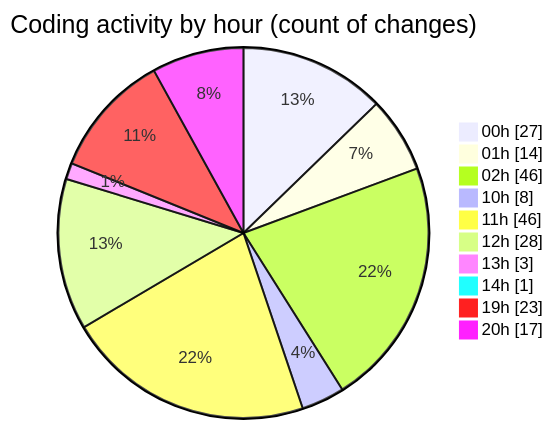
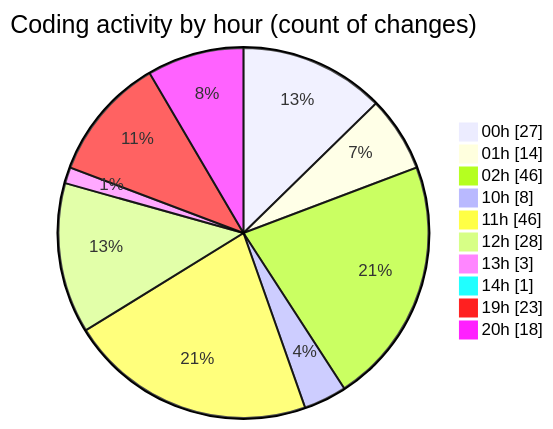
The second of 2 diagrams in 2025-07-17/nhahang/README.md (lephambinh05/code-tracking), drawn with Mermaid before and after one commit. The commit also changed other lines of this file and 1 other file, not shown here.

````diff
--- a/2025-07-17/nhahang/README.md
+++ b/2025-07-17/nhahang/README.md
@@ -94,14 +94,14 @@
 ```mermaid
 pie showData
 title Coding activity by hour (count of changes)
 "00h" : 27
 "01h" : 14
 "02h" : 46
 "10h" : 8
 "11h" : 46
 "12h" : 28
 "13h" : 3
 "14h" : 1
 "19h" : 23
-"20h" : 17
+"20h" : 18
 ```
````
